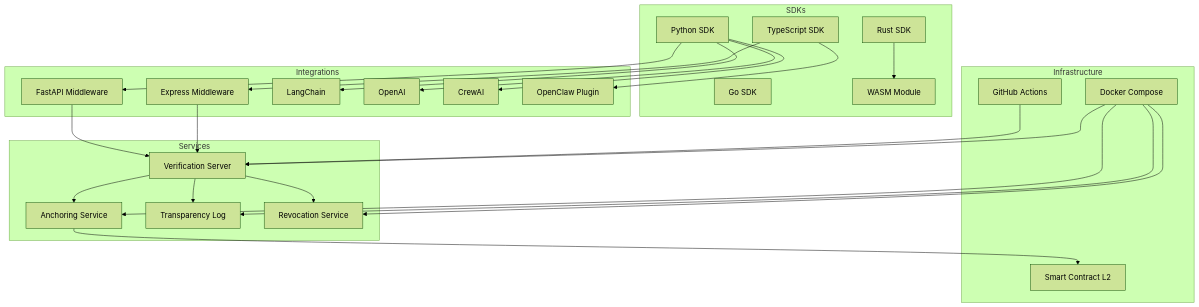
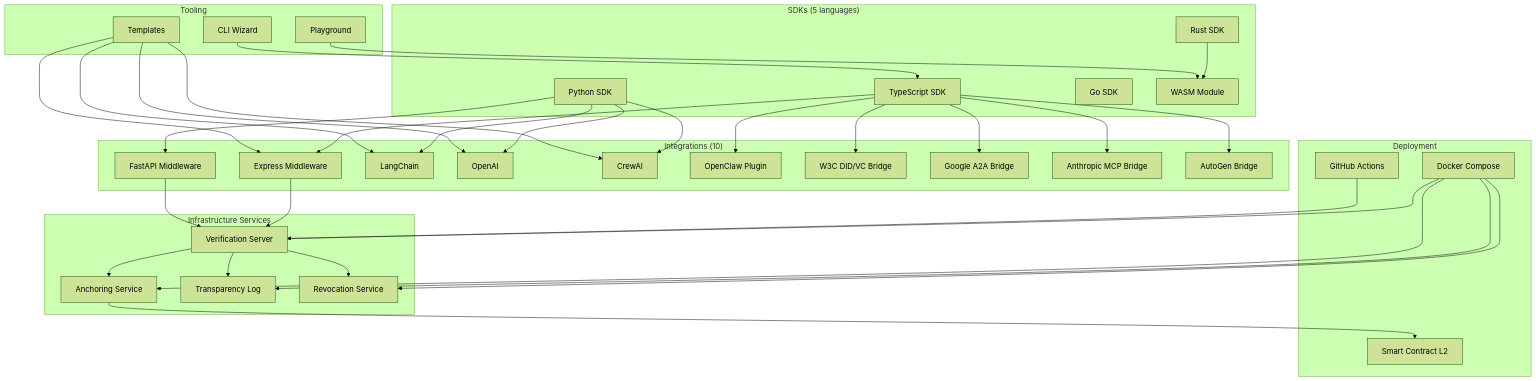
Before and after one commit to dcp-ai-protocol/dcp-ai: the diagram in README.md, drawn with Mermaid (forest theme). The commit also changed other lines of this file and 26 other files, not shown here.

````diff
--- a/README.md
+++ b/README.md
@@ -71,52 +121,73 @@
 ```mermaid
 graph TB
-  subgraph sdks [SDKs]
+  subgraph sdks["SDKs (5 languages)"]
     TS["TypeScript SDK"]
     PY["Python SDK"]
     GO["Go SDK"]
     RS["Rust SDK"]
     WA["WASM Module"]
   end
 
-  subgraph integrations [Integrations]
+  subgraph integrations["Integrations (10)"]
     EX["Express Middleware"]
     FA["FastAPI Middleware"]
     LC["LangChain"]
     OA["OpenAI"]
     CR["CrewAI"]
     OC["OpenClaw Plugin"]
+    W3C["W3C DID/VC Bridge"]
+    A2A["Google A2A Bridge"]
+    MCP["Anthropic MCP Bridge"]
+    AG["AutoGen Bridge"]
   end
 
-  subgraph services [Services]
+  subgraph tools["Tooling"]
+    CLI["CLI Wizard"]
+    PG["Playground"]
+    TPL["Templates"]
+  end
+
+  subgraph services["Infrastructure Services"]
     VER["Verification Server"]
     ANC["Anchoring Service"]
     TL["Transparency Log"]
     REV["Revocation Service"]
   end
 
-  subgraph infra [Infrastructure]
+  subgraph infra["Deployment"]
     SOL["Smart Contract L2"]
     GH["GitHub Actions"]
     DK["Docker Compose"]
   end
 
   TS --> EX
   TS --> OC
+  TS --> W3C
+  TS --> A2A
+  TS --> MCP
+  TS --> AG
   PY --> FA
   PY --> LC
   PY --> OA
   PY --> CR
   RS --> WA
+
+  CLI --> TS
+  PG --> WA
+  TPL --> LC
+  TPL --> CR
+  TPL --> OA
+  TPL --> EX
 
   EX --> VER
   FA --> VER
   VER --> ANC
   VER --> TL
   VER --> REV
   ANC --> SOL
   DK --> VER
   DK --> ANC
   DK --> TL
   DK --> REV
   GH --> VER
 ```
````
